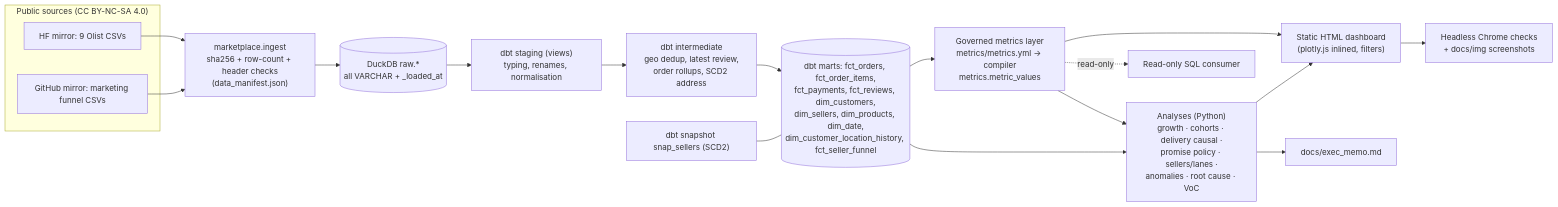
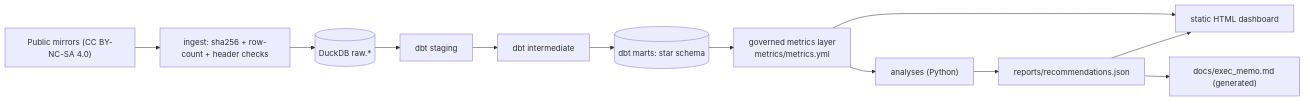
Before and after one commit to TonyLee-99/marketplace-analytics: the diagram in README.md, drawn with Mermaid. The commit also changed other lines of this file and 22 other files, not shown here.

Commit message:
P1/P2: seller-side growth + plateau, process-stage root cause with network-wide verdict, in-flight late monitor, lane-adjusted lane sizing, review-value panel, corrected VoC shares, generated memo/recommendations, full-year promise backtest, dashboard and README rework

````diff
--- a/README.md
+++ b/README.md
@@ -26,21 +18,10 @@
 ```mermaid
 flowchart LR
-  subgraph Sources["Public sources (CC BY-NC-SA 4.0)"]
-    HF["HF mirror: 9 Olist CSVs"]
-    GH["GitHub mirror: marketing funnel CSVs"]
-  end
-  HF & GH --> ING["marketplace.ingest<br/>sha256 + row-count + header checks<br/>(data_manifest.json)"]
-  ING --> RAW[("DuckDB raw.*<br/>all VARCHAR + _loaded_at")]
-  RAW --> STG["dbt staging (views)<br/>typing, renames, normalisation"]
-  STG --> INT["dbt intermediate<br/>geo dedup, latest review,<br/>order rollups, SCD2 address"]
-  INT --> MARTS[("dbt marts: fct_orders, fct_order_items,<br/>fct_payments, fct_reviews, dim_customers,<br/>dim_sellers, dim_products, dim_date,<br/>dim_customer_location_history, fct_seller_funnel")]
-  SNAP["dbt snapshot snap_sellers (SCD2)"] --- MARTS
-  MARTS --> ML["Governed metrics layer<br/>metrics/metrics.yml → compiler<br/>metrics.metric_values"]
-  ML --> AN["Analyses (Python)<br/>growth · cohorts · delivery causal ·<br/>promise policy · sellers/lanes ·<br/>anomalies · root cause · VoC"]
-  MARTS --> AN
-  ML --> DASH["Static HTML dashboard<br/>(plotly.js inlined, filters)"]
-  AN --> DASH
-  AN --> MEMO["docs/exec_memo.md"]
-  DASH --> SHOT["Headless Chrome checks<br/>+ docs/img screenshots"]
-  ML -. read-only .-> AGENT["Read-only SQL consumer"]
+  SRC["Public mirrors (CC BY-NC-SA 4.0)"] --> ING["ingest: sha256 + row-count + header checks"]
+  ING --> RAW[("DuckDB raw.*")] --> STG["dbt staging"] --> INT["dbt intermediate"] --> MARTS[("dbt marts: star schema")]
+  MARTS --> ML["governed metrics layer<br/>metrics/metrics.yml"]
+  ML --> AN["analyses (Python)"] --> REC["reports/recommendations.json"]
+  ML --> DASH["static HTML dashboard"]
+  REC --> DASH
+  REC --> MEMO["docs/exec_memo.md (generated)"]
 ```
````
